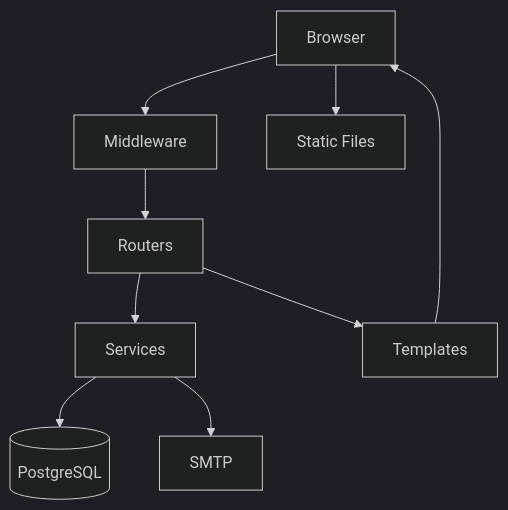
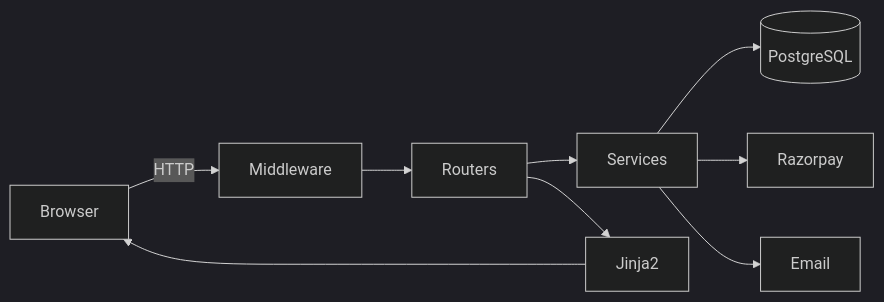
The first of 18 diagrams in TechTrek_Documentation.qmd (amal-sajeev/techtrek), drawn with Mermaid (dark theme) before and after one commit. The commit also changed other lines of this file and 39 other files, not shown here.

````diff
--- a/TechTrek_Documentation.qmd
+++ b/TechTrek_Documentation.qmd
@@ -66,11 +33,13 @@
 ```{mermaid}
-graph TB
-    Browser --> Middleware
-    Middleware --> Routers
+%%| fig-width: 6.3
+%%| fig-height: 2.5
+graph LR
+    Browser -->|HTTP| MW[Middleware]
+    MW --> Routers
     Routers --> Services
-    Routers --> Templates
+    Routers --> Templates[Jinja2]
     Services --> DB[(PostgreSQL)]
-    Services --> SMTP[SMTP]
+    Services --> RZ[Razorpay]
+    Services --> SMTP[Email]
     Templates --> Browser
-    Browser --> Static[Static Files]
 ```
````
